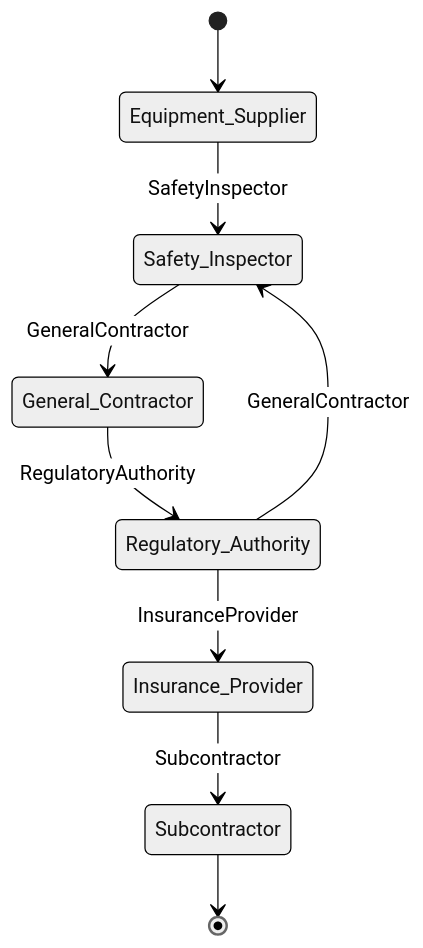
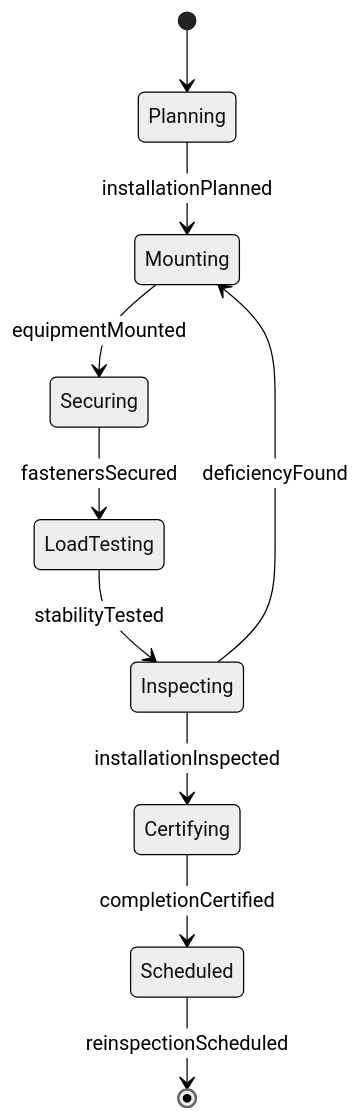
The second of 4 diagrams in HandlingAndMovingObjects/BuildStructures/InstallSafetySupportEquipment.mdx (dot-org-ai/tasks.org.ai), drawn with Mermaid (neutral theme) before and after one commit. The commit also changed other lines of this file and 515 other files, not shown here.

````diff
--- a/HandlingAndMovingObjects/BuildStructures/InstallSafetySupportEquipment.mdx
+++ b/HandlingAndMovingObjects/BuildStructures/InstallSafetySupportEquipment.mdx
@@ -101,11 +99,12 @@
 ```mermaid
 stateDiagram-v2
-    [*] --> Equipment_Supplier
-    Equipment_Supplier --> Safety_Inspector: SafetyInspector
-    Safety_Inspector --> General_Contractor: GeneralContractor
-    General_Contractor --> Regulatory_Authority: RegulatoryAuthority
-    Regulatory_Authority --> Insurance_Provider: InsuranceProvider
-    Insurance_Provider --> Subcontractor: Subcontractor
-    Regulatory_Authority --> Safety_Inspector: GeneralContractor
-    Subcontractor --> [*]
+    [*] --> Planning
+    Planning --> Mounting : installationPlanned
+    Mounting --> Securing : equipmentMounted
+    Securing --> LoadTesting : fastenersSecured
+    LoadTesting --> Inspecting : stabilityTested
+    Inspecting --> Certifying : installationInspected
+    Certifying --> Scheduled : completionCertified
+    Inspecting --> Mounting : deficiencyFound
+    Scheduled --> [*] : reinspectionScheduled
 ```
````
